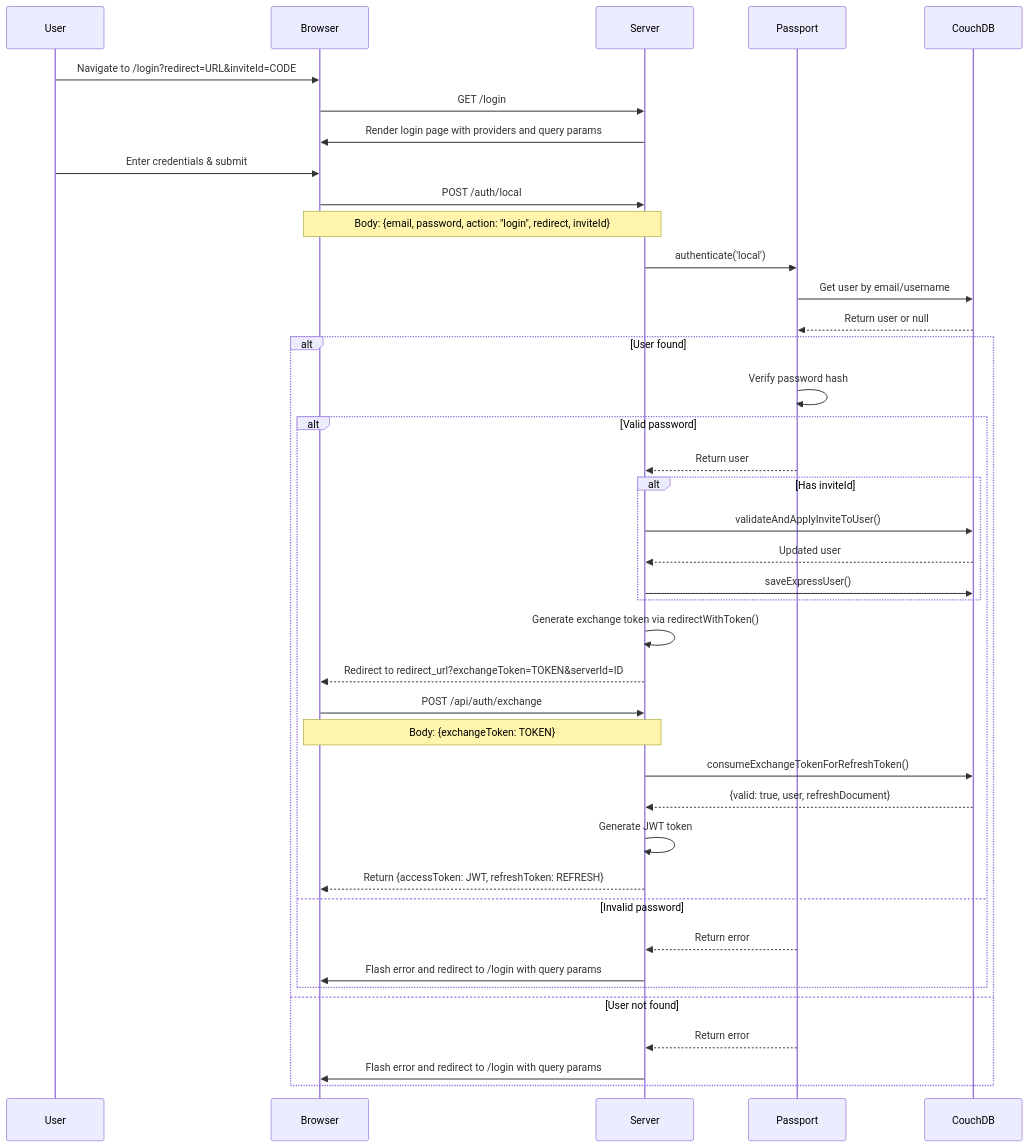
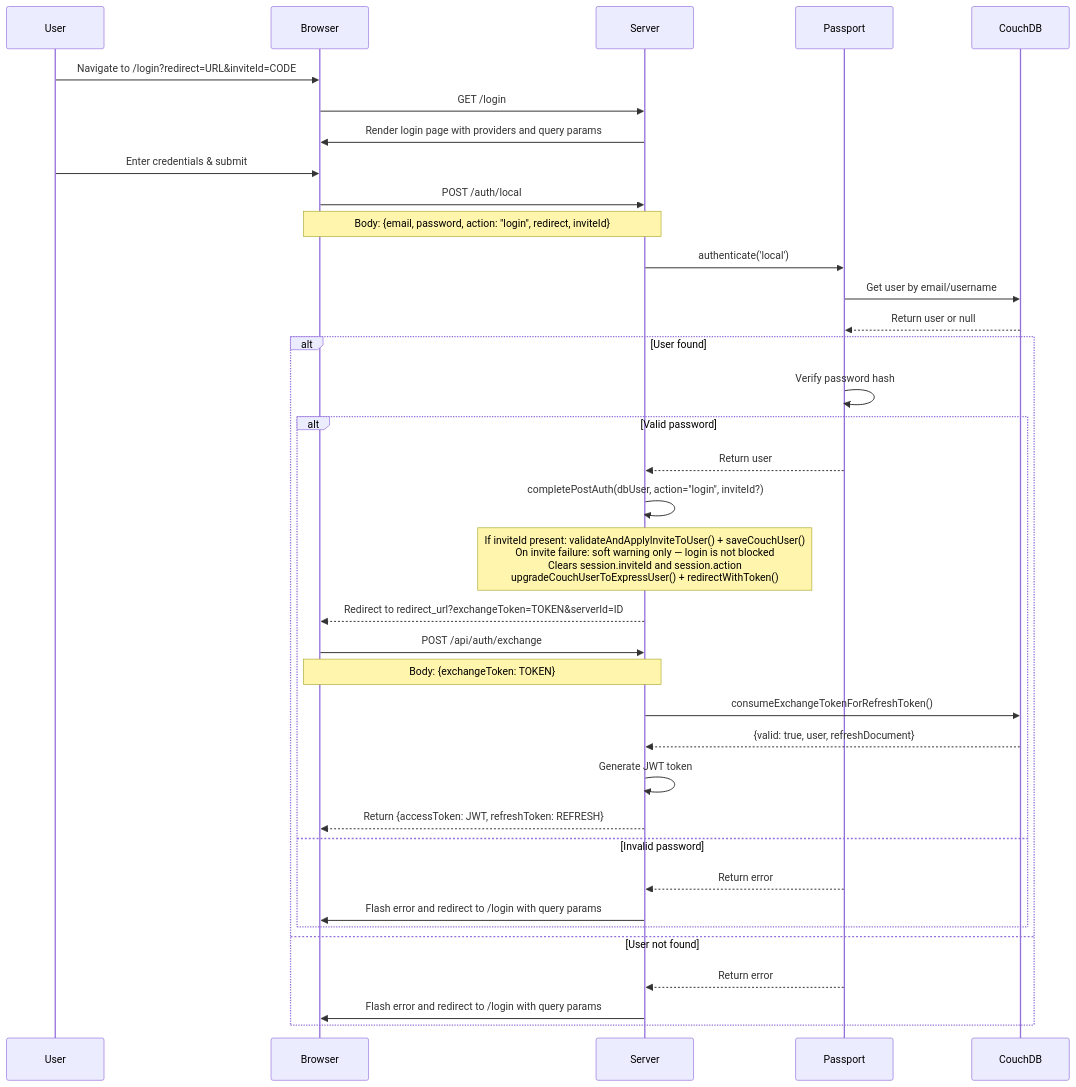
The second of 5 diagrams in docs/developer/docs/source/markdown/Authorisation/PassportAuth.md (FAIMS/FAIMS3), drawn with Mermaid before and after one commit. The commit also changed other lines of this file and 1 other file, not shown here.

Commit message:
update developer docs for auth changes

````diff
--- a/docs/developer/docs/source/markdown/Authorisation/PassportAuth.md
+++ b/docs/developer/docs/source/markdown/Authorisation/PassportAuth.md
@@ -117,51 +168,46 @@
 ```mermaid
 sequenceDiagram
     participant User
     participant Browser
     participant Server
     participant Passport
     participant CouchDB
 
     User->>Browser: Navigate to /login?redirect=URL&inviteId=CODE
     Browser->>Server: GET /login
     Server->>Browser: Render login page with providers and query params
 
     User->>Browser: Enter credentials & submit
     Browser->>Server: POST /auth/local
     Note over Browser,Server: Body: {email, password, action: "login", redirect, inviteId}
 
     Server->>Passport: authenticate('local')
     Passport->>CouchDB: Get user by email/username
     CouchDB-->>Passport: Return user or null
 
     alt User found
         Passport->>Passport: Verify password hash
         alt Valid password
             Passport-->>Server: Return user
 
-            alt Has inviteId
-                Server->>CouchDB: validateAndApplyInviteToUser()
-                CouchDB-->>Server: Updated user
-                Server->>CouchDB: saveExpressUser()
-            end
-
-            Server->>Server: Generate exchange token via redirectWithToken()
+            Server->>Server: completePostAuth(dbUser, action="login", inviteId?)
+            Note over Server: If inviteId present: validateAndApplyInviteToUser() + saveCouchUser()<br/>On invite failure: soft warning only — login is not blocked<br/>Clears session.inviteId and session.action<br/>upgradeCouchUserToExpressUser() + redirectWithToken()
             Server-->>Browser: Redirect to redirect_url?exchangeToken=TOKEN&serverId=ID
 
             Browser->>Server: POST /api/auth/exchange
             Note over Browser,Server: Body: {exchangeToken: TOKEN}
 
             Server->>CouchDB: consumeExchangeTokenForRefreshToken()
             CouchDB-->>Server: {valid: true, user, refreshDocument}
 
             Server->>Server: Generate JWT token
             Server-->>Browser: Return {accessToken: JWT, refreshToken: REFRESH}
         else Invalid password
             Passport-->>Server: Return error
             Server->>Browser: Flash error and redirect to /login with query params
         end
     else User not found
         Passport-->>Server: Return error
         Server->>Browser: Flash error and redirect to /login with query params
     end
 ```
````
